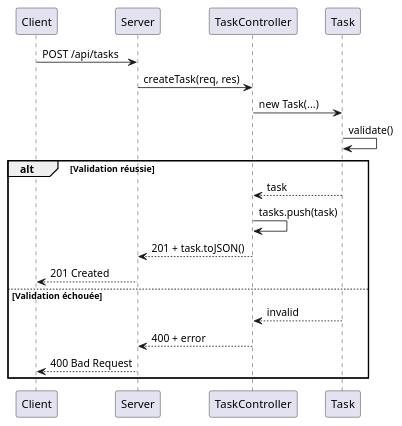
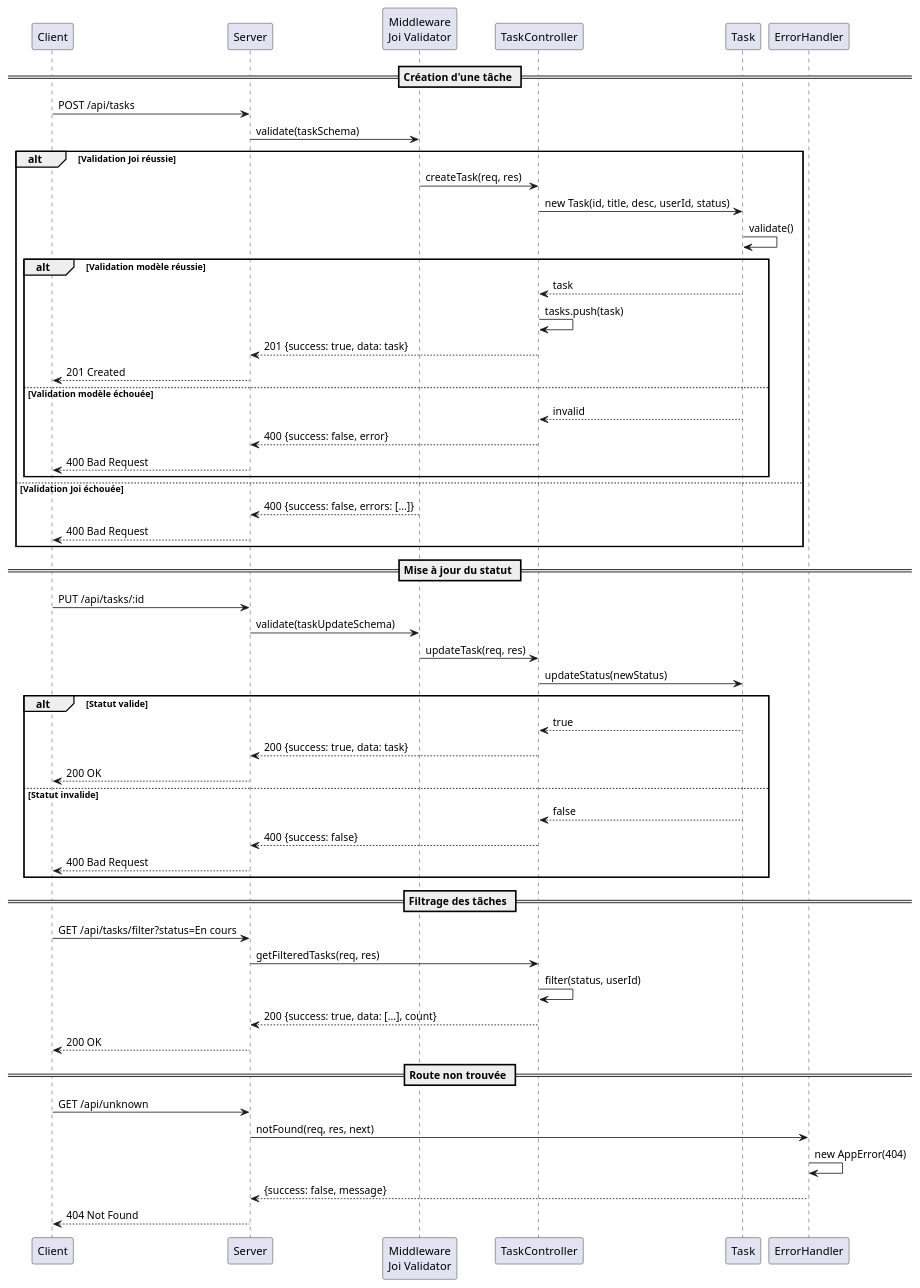
One commit to malek0501/DoneProject changed the diagram in diagramme/sequence.puml. Above: the diagram before and after it, drawn with PlantUML. The commit also changed 20 other files, not shown here.

First line of the commit message:
✅ DONE-27: Implémentation validation Joi + tests Jest + gestion erreurs + MongoDB

```diff
--- a/diagramme/sequence.puml
+++ b/diagramme/sequence.puml
@@ -1,21 +1,59 @@
 @startuml
 participant Client
 participant Server
+participant Validator as "Middleware\nJoi Validator"
 participant TaskController
 participant Task
+participant ErrorHandler
 
+== Création d'une tâche ==
 Client -> Server: POST /api/tasks
-Server -> TaskController: createTask(req, res)
-TaskController -> Task: new Task(...)
-Task -> Task: validate()
-alt Validation réussie
-    Task --> TaskController: task
-    TaskController -> TaskController: tasks.push(task)
-    TaskController --> Server: 201 + task.toJSON()
-    Server --> Client: 201 Created
-else Validation échouée
-    Task --> TaskController: invalid
-    TaskController --> Server: 400 + error
+Server -> Validator: validate(taskSchema)
+alt Validation Joi réussie
+    Validator -> TaskController: createTask(req, res)
+    TaskController -> Task: new Task(id, title, desc, userId, status)
+    Task -> Task: validate()
+    alt Validation modèle réussie
+        Task --> TaskController: task
+        TaskController -> TaskController: tasks.push(task)
+        TaskController --> Server: 201 {success: true, data: task}
+        Server --> Client: 201 Created
+    else Validation modèle échouée
+        Task --> TaskController: invalid
+        TaskController --> Server: 400 {success: false, error}
+        Server --> Client: 400 Bad Request
+    end
+else Validation Joi échouée
+    Validator --> Server: 400 {success: false, errors: [...]}
     Server --> Client: 400 Bad Request
 end
+
+== Mise à jour du statut ==
+Client -> Server: PUT /api/tasks/:id
+Server -> Validator: validate(taskUpdateSchema)
+Validator -> TaskController: updateTask(req, res)
+TaskController -> Task: updateStatus(newStatus)
+alt Statut valide
+    Task --> TaskController: true
+    TaskController --> Server: 200 {success: true, data: task}
+    Server --> Client: 200 OK
+else Statut invalide
+    Task --> TaskController: false
+    TaskController --> Server: 400 {success: false}
+    Server --> Client: 400 Bad Request
+end
+
+== Filtrage des tâches ==
+Client -> Server: GET /api/tasks/filter?status=En cours
+Server -> TaskController: getFilteredTasks(req, res)
+TaskController -> TaskController: filter(status, userId)
+TaskController --> Server: 200 {success: true, data: [...], count}
+Server --> Client: 200 OK
+
+== Route non trouvée ==
+Client -> Server: GET /api/unknown
+Server -> ErrorHandler: notFound(req, res, next)
+ErrorHandler -> ErrorHandler: new AppError(404)
+ErrorHandler --> Server: {success: false, message}
+Server --> Client: 404 Not Found
 @enduml
```
